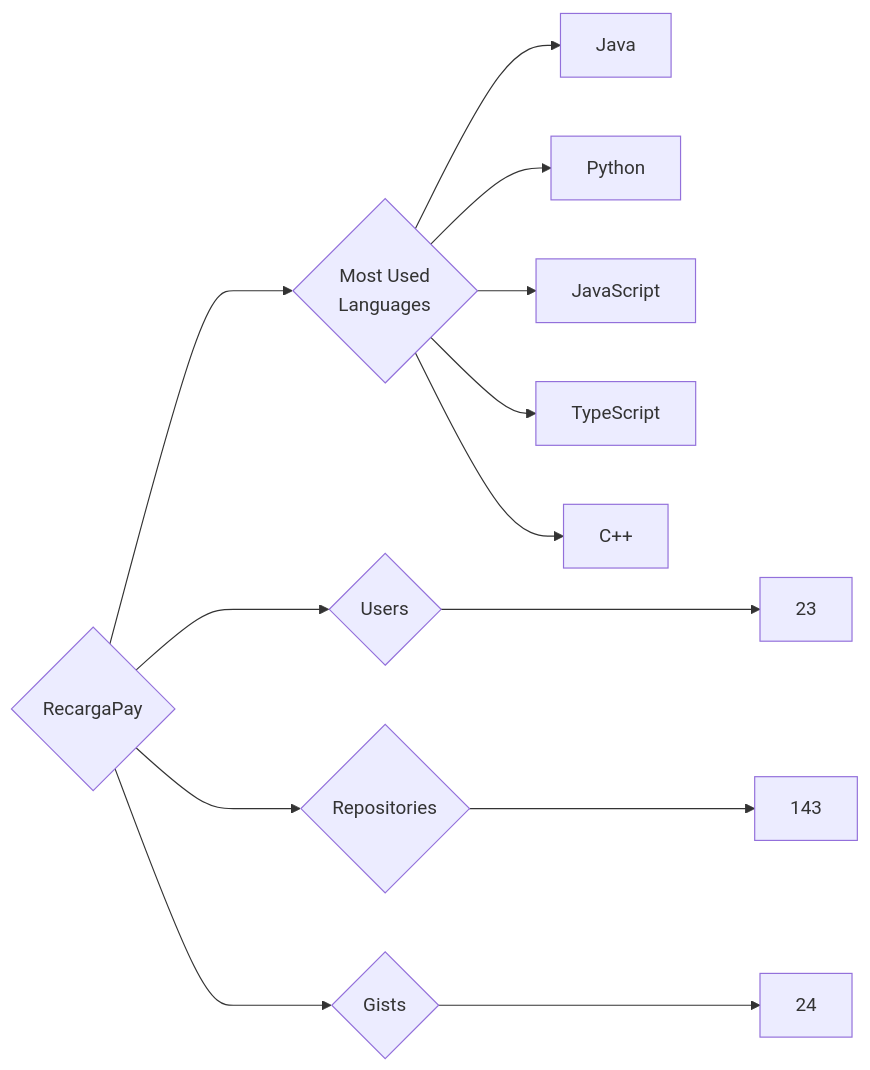
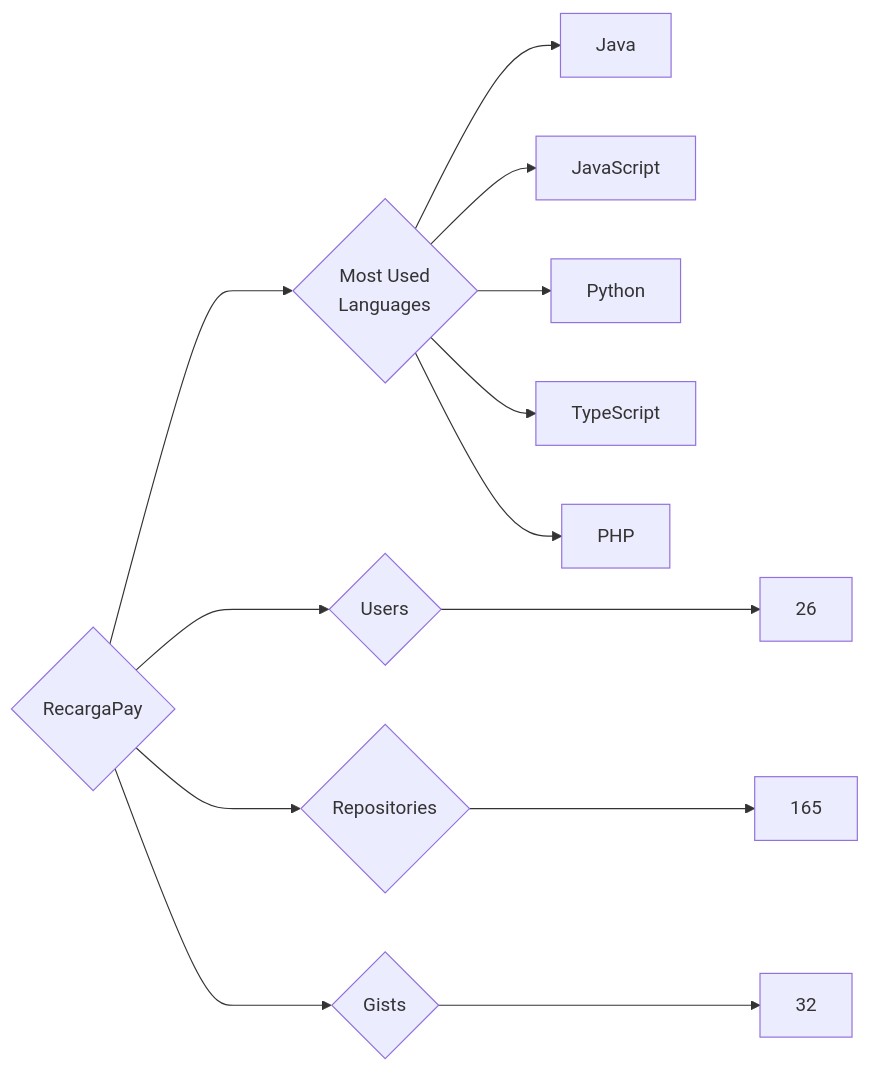
The diagram in targets/RecargaPay/README.md (trickest/insiders), drawn with Mermaid before and after one commit. The commit also changed 953 other files, not shown here.

````diff
--- a/targets/RecargaPay/README.md
+++ b/targets/RecargaPay/README.md
@@ -3,13 +3,13 @@
 ```mermaid
 graph LR
 COMPANY_NAME{RecargaPay}
-COMPANY_NAME ---> U{Users} ---> UN[23]
-COMPANY_NAME ---> R{Repositories} ---> RN[143]
-COMPANY_NAME ---> G{Gists} ---> GN[24]
+COMPANY_NAME ---> U{Users} ---> UN[26]
+COMPANY_NAME ---> R{Repositories} ---> RN[165]
+COMPANY_NAME ---> G{Gists} ---> GN[32]
 COMPANY_NAME ---> ML{Most Used<br>Languages}
 ML --> Java[Java]
+ML --> JavaScript[JavaScript]
 ML --> Python[Python]
-ML --> JavaScript[JavaScript]
 ML --> TypeScript[TypeScript]
-ML --> C++[C++]
+ML --> PHP[PHP]
 ```
````
